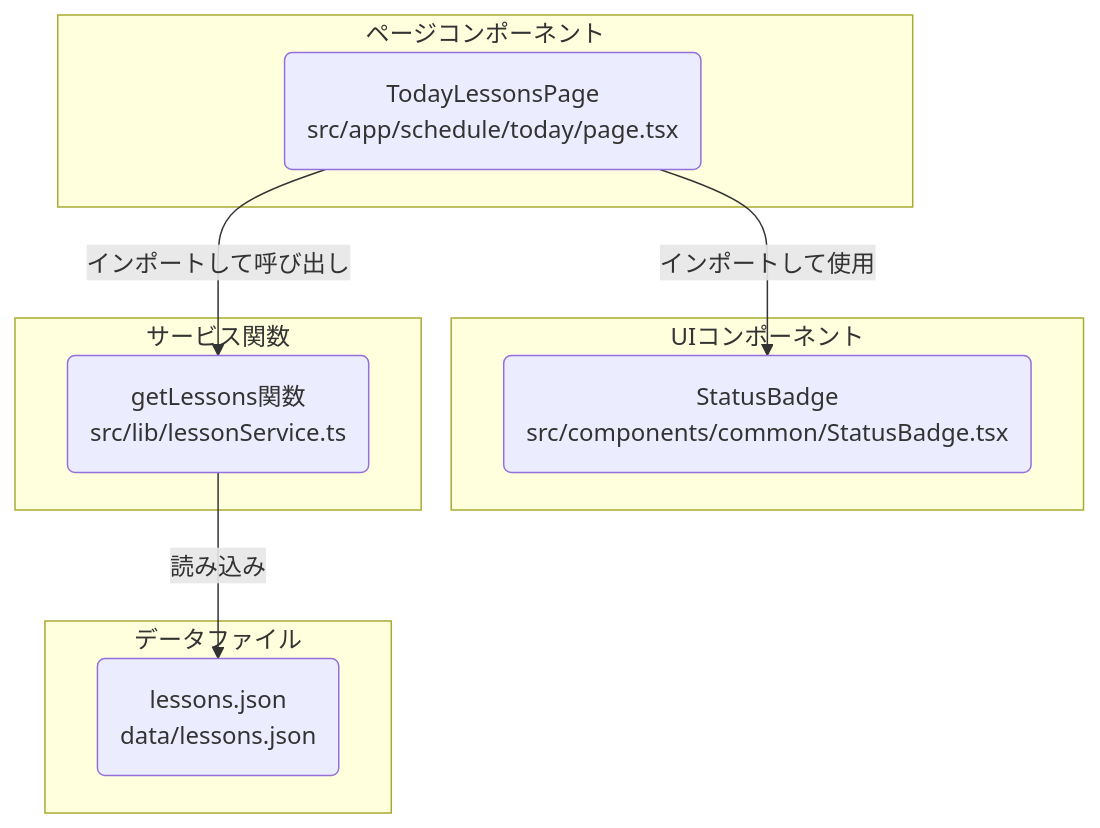
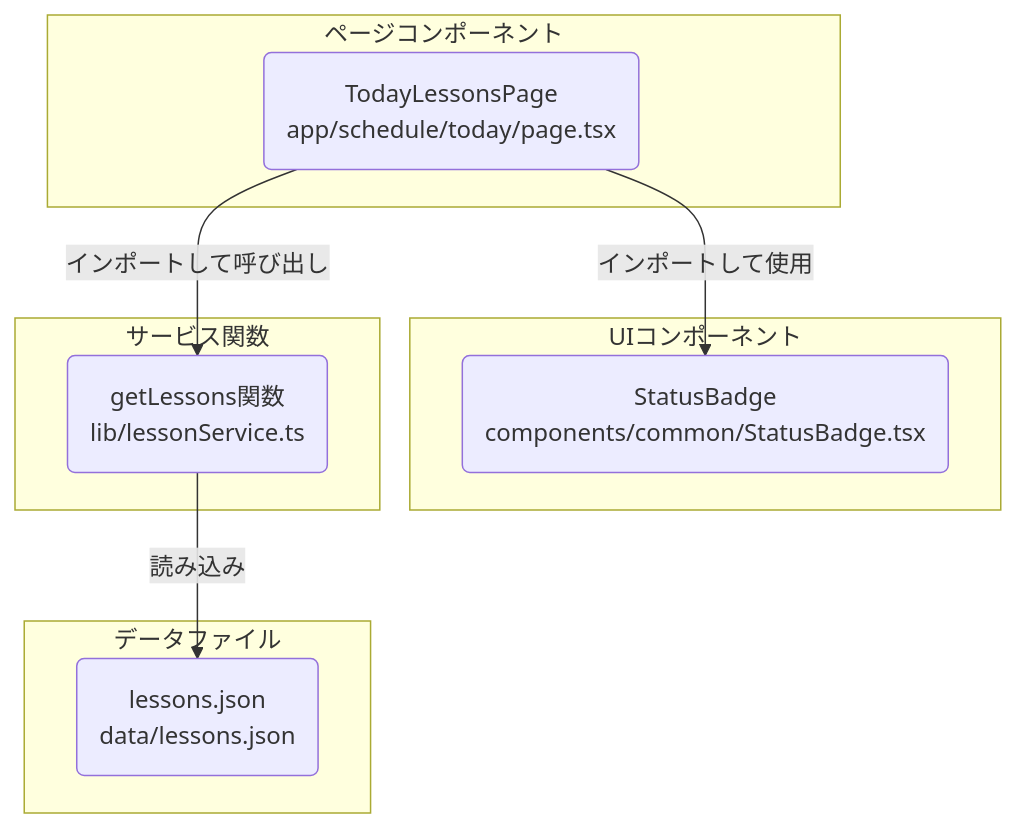
Before and after one commit to hideyuki-code/DocDD_POC: the diagram in docs/02_基本設計/基本設計.md, drawn with Mermaid. The commit also changed 1 other file, not shown here.

Commit message:
設計変更

````diff
--- a/docs/02_基本設計/基本設計.md
+++ b/docs/02_基本設計/基本設計.md
@@ -25,22 +25,22 @@
 ```mermaid
 graph TD
     subgraph P [ページコンポーネント]
-        TodayLessonsPage("TodayLessonsPage<br>src/app/schedule/today/page.tsx")
+        TodayLessonsPage("TodayLessonsPage<br>app/schedule/today/page.tsx")
     end
 
     subgraph U [UIコンポーネント]
-        StatusBadge("StatusBadge<br>src/components/common/StatusBadge.tsx")
+        StatusBadge("StatusBadge<br>components/common/StatusBadge.tsx")
     end
 
     subgraph S [サービス関数]
-        LessonService("getLessons関数<br>src/lib/lessonService.ts")
+        LessonService("getLessons関数<br>lib/lessonService.ts")
     end
 
     subgraph D [データファイル]
         LessonsJSON("lessons.json<br>data/lessons.json")
     end
 
     TodayLessonsPage -- "インポートして使用" --> StatusBadge
     TodayLessonsPage -- "インポートして呼び出し" --> LessonService
     LessonService -- "読み込み" --> LessonsJSON
 ```
````
